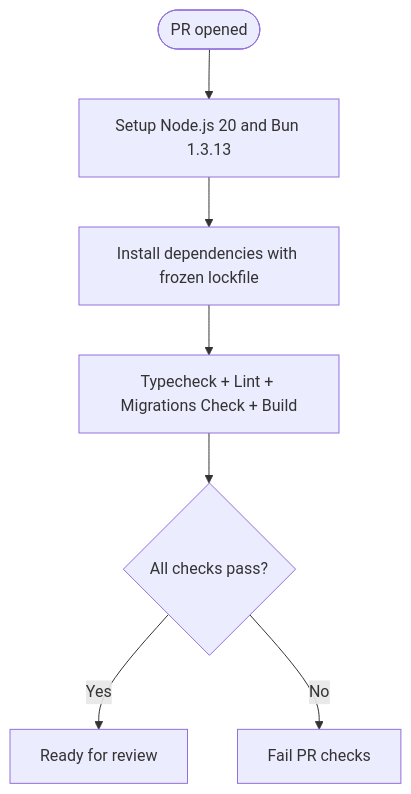
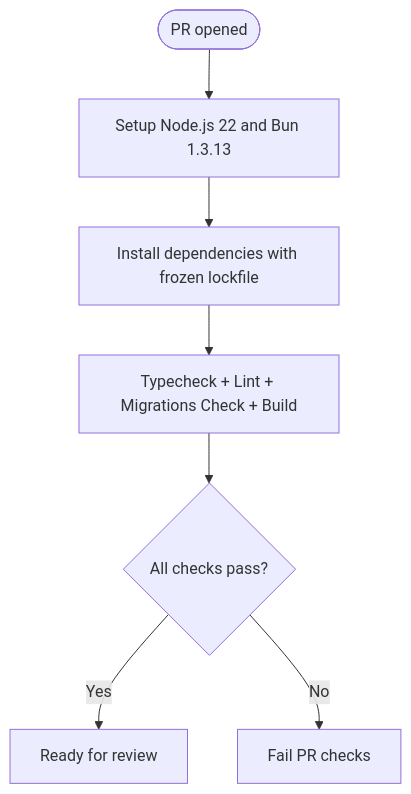
Before and after one commit to gastaldellomarco/pcReady: the third of 10 diagrams in .qoder/repowiki/en/content/Deployment and DevOps.md, drawn with Mermaid. The commit also changed other lines of this file and 19 other files, not shown here.

````diff
--- a/.qoder/repowiki/en/content/Deployment and DevOps.md
+++ b/.qoder/repowiki/en/content/Deployment and DevOps.md
@@ -154,9 +172,9 @@
 ```mermaid
 flowchart TD
-Start(["PR opened"]) --> Setup["Setup Node.js 20 and Bun 1.3.13"]
+Start(["PR opened"]) --> Setup["Setup Node.js 22 and Bun 1.3.13"]
 Setup --> Install["Install dependencies with frozen lockfile"]
 Install --> Quality["Typecheck + Lint + Migrations Check + Build"]
 Quality --> Pass{"All checks pass?"}
 Pass --> |Yes| Ready["Ready for review"]
 Pass --> |No| Fail["Fail PR checks"]
 ```
````
